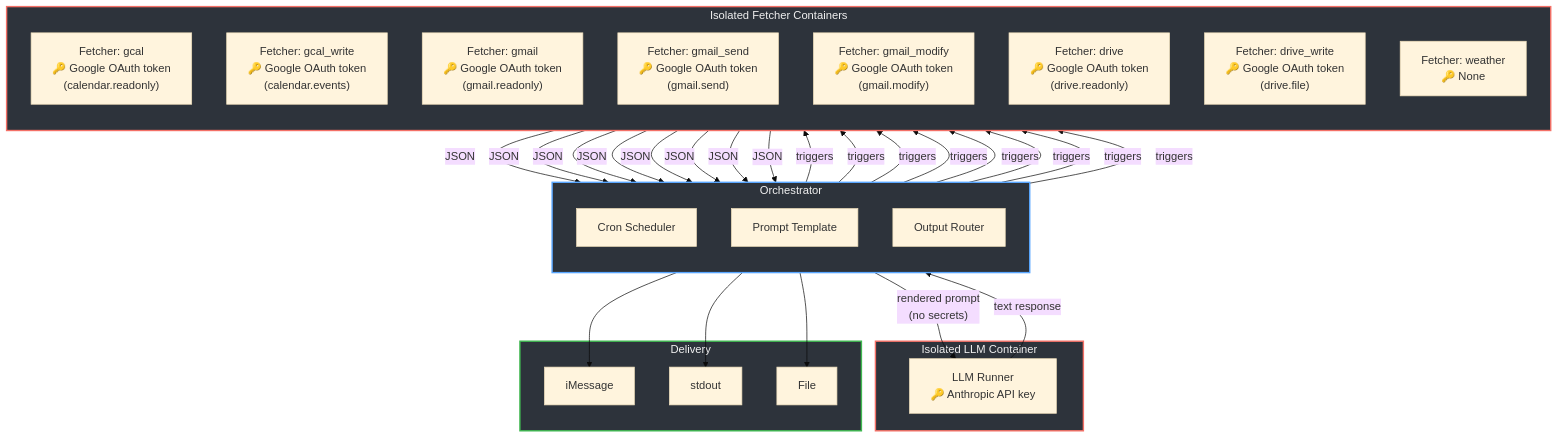
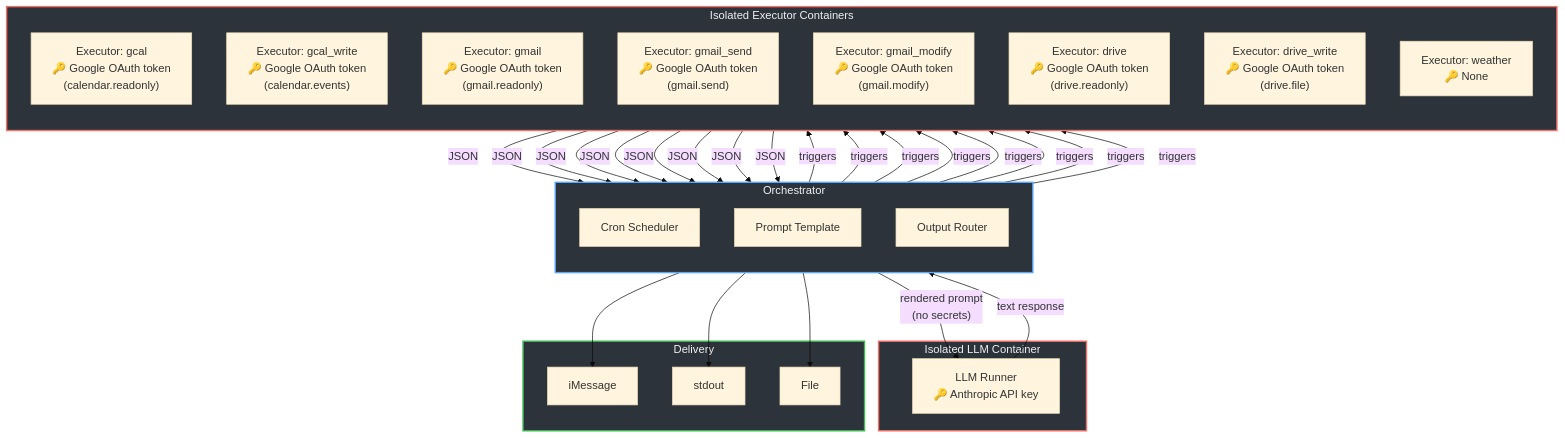
The diagram in README.md (Creel-ai/creel), drawn with Mermaid (base theme) before and after one commit. The commit also changed other lines of this file and 60 other files, not shown here.

First line of the commit message:
refactor: rename fetchers → executors

````diff
--- a/README.md
+++ b/README.md
@@ -28,58 +28,58 @@
 ```mermaid
 flowchart TD
     subgraph orch["Orchestrator"]
         direction TB
         schedule["Cron Scheduler"]
         template["Prompt Template"]
         output["Output Router"]
     end
 
-    subgraph fetchers["Isolated Fetcher Containers"]
+    subgraph executors["Isolated Executor Containers"]
         direction TB
-        gcal["Fetcher: gcal\n🔑 Google OAuth token\n(calendar.readonly)"]
-        gcal_w["Fetcher: gcal_write\n🔑 Google OAuth token\n(calendar.events)"]
-        gmail["Fetcher: gmail\n🔑 Google OAuth token\n(gmail.readonly)"]
-        gmail_s["Fetcher: gmail_send\n🔑 Google OAuth token\n(gmail.send)"]
-        gmail_m["Fetcher: gmail_modify\n🔑 Google OAuth token\n(gmail.modify)"]
-        drive["Fetcher: drive\n🔑 Google OAuth token\n(drive.readonly)"]
-        drive_w["Fetcher: drive_write\n🔑 Google OAuth token\n(drive.file)"]
-        weather["Fetcher: weather\n🔑 None"]
+        gcal["Executor: gcal\n🔑 Google OAuth token\n(calendar.readonly)"]
+        gcal_w["Executor: gcal_write\n🔑 Google OAuth token\n(calendar.events)"]
+        gmail["Executor: gmail\n🔑 Google OAuth token\n(gmail.readonly)"]
+        gmail_s["Executor: gmail_send\n🔑 Google OAuth token\n(gmail.send)"]
+        gmail_m["Executor: gmail_modify\n🔑 Google OAuth token\n(gmail.modify)"]
+        drive["Executor: drive\n🔑 Google OAuth token\n(drive.readonly)"]
+        drive_w["Executor: drive_write\n🔑 Google OAuth token\n(drive.file)"]
+        weather["Executor: weather\n🔑 None"]
     end
 
     subgraph llm_container["Isolated LLM Container"]
         llm["LLM Runner\n🔑 Anthropic API key"]
     end
 
     subgraph outputs["Delivery"]
         imsg["iMessage"]
         stdout["stdout"]
         file["File"]
     end
 
     schedule -- "triggers" --> gcal
     schedule -- "triggers" --> gcal_w
     schedule -- "triggers" --> gmail
     schedule -- "triggers" --> gmail_s
     schedule -- "triggers" --> gmail_m
     schedule -- "triggers" --> drive
     schedule -- "triggers" --> drive_w
     schedule -- "triggers" --> weather
     gcal -- "JSON" --> template
     gcal_w -- "JSON" --> template
     gmail -- "JSON" --> template
     gmail_s -- "JSON" --> template
     gmail_m -- "JSON" --> template
     drive -- "JSON" --> template
     drive_w -- "JSON" --> template
     weather -- "JSON" --> template
     template -- "rendered prompt\n(no secrets)" --> llm
     llm -- "text response" --> output
     output --> imsg
     output --> stdout
     output --> file
 
-    style fetchers fill:#2d333b,stroke:#f47067,stroke-width:2px,color:#f0f0f0
+    style executors fill:#2d333b,stroke:#f47067,stroke-width:2px,color:#f0f0f0
     style llm_container fill:#2d333b,stroke:#f47067,stroke-width:2px,color:#f0f0f0
     style orch fill:#2d333b,stroke:#58a6ff,stroke-width:2px,color:#f0f0f0
     style outputs fill:#2d333b,stroke:#3fb950,stroke-width:2px,color:#f0f0f0
 ```
````
